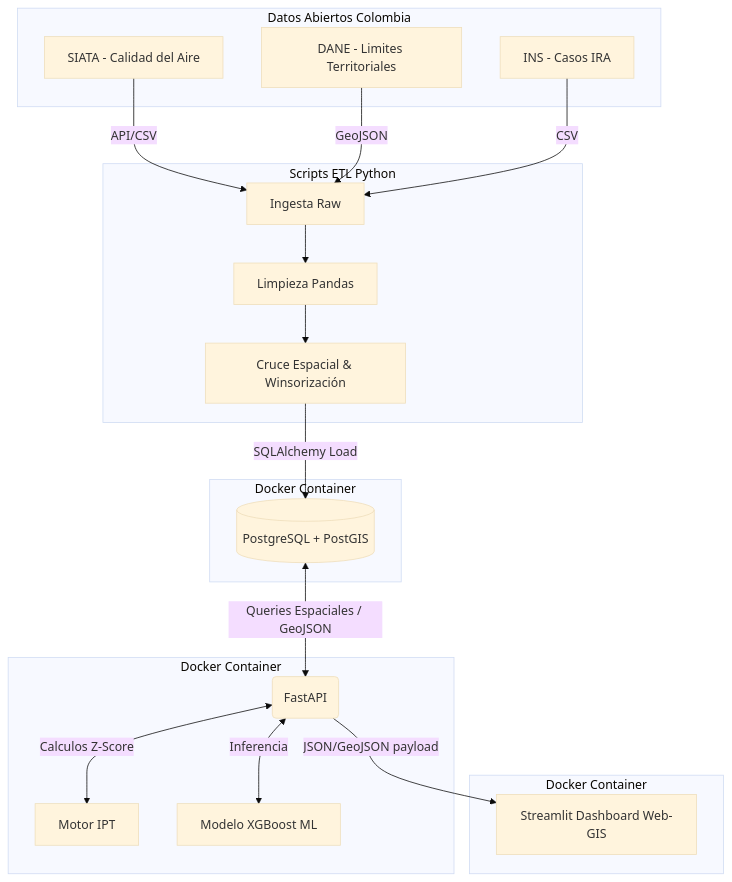
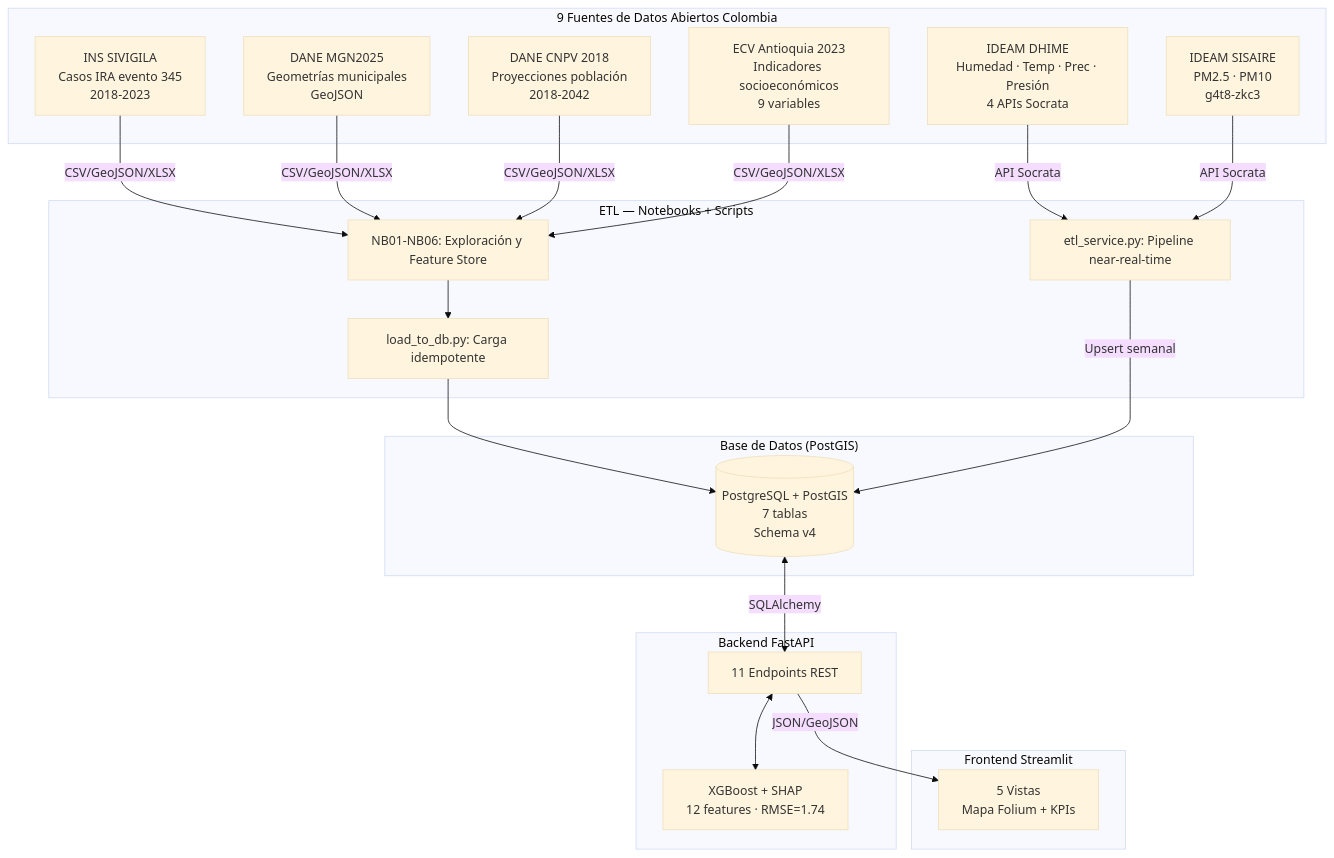
Before and after one commit to IsaksGir4/VitalRiskIA: the diagram in docs/arquitecture/ADR-001-Arquitectura-Base.md, drawn with Mermaid (base theme). The commit also changed other lines of this file and 20 other files, not shown here.

````diff
--- a/docs/arquitecture/ADR-001-Arquitectura-Base.md
+++ b/docs/arquitecture/ADR-001-Arquitectura-Base.md
@@ -24,47 +45,38 @@
 ```mermaid
 graph TD
-    %% Fuentes de Datos
-    subgraph Fuentes de Datos [Datos Abiertos Colombia]
-        A1[SIATA - Calidad del Aire]
-        A2[DANE - Limites Territoriales]
-        A3[INS - Casos IRA]
+    subgraph Fuentes ["9 Fuentes de Datos Abiertos Colombia"]
+        A1["IDEAM DHIME\nHumedad · Temp · Prec · Presión\n4 APIs Socrata"]
+        A2["IDEAM SISAIRE\nPM2.5 · PM10\ng4t8-zkc3"]
+        A3["INS SIVIGILA\nCasos IRA evento 345\n2018-2023"]
+        A4["DANE MGN2025\nGeometrías municipales\nGeoJSON"]
+        A5["DANE CNPV 2018\nProyecciones población\n2018-2042"]
+        A6["ECV Antioquia 2023\nIndicadores socioeconómicos\n9 variables"]
     end
 
-    %% Capa ETL
-    subgraph Ingeniería de Datos [Scripts ETL Python]
-        B1[Ingesta Raw]
-        B2[Limpieza Pandas]
-        B3[Cruce Espacial & Winsorización]
-        B1 --> B2 --> B3
+    subgraph ETL ["ETL — Notebooks + Scripts"]
+        B1["NB01-NB06: Exploración y Feature Store"]
+        B2["load_to_db.py: Carga idempotente"]
+        B3["etl_service.py: Pipeline near-real-time"]
     end
 
-    %% Persistencia
-    subgraph Base de Datos [Docker Container]
-        C1[(PostgreSQL + PostGIS)]
+    subgraph DB ["Base de Datos (PostGIS)"]
+        C1[("PostgreSQL + PostGIS\n7 tablas\nSchema v4")]
     end
 
-    %% Capa de Negocio
-    subgraph Backend [Docker Container]
-        D1(FastAPI)
-        D2[Motor IPT]
-        D3[Modelo XGBoost ML]
+    subgraph Backend ["Backend FastAPI"]
+        D1["11 Endpoints REST"]
+        D2["XGBoost + SHAP\n12 features · RMSE=1.74"]
+        D1 <--> D2
     end
 
-    %% Frontend
-    subgraph Presentación [Docker Container]
-        E1[Streamlit Dashboard Web-GIS]
+    subgraph Frontend ["Frontend Streamlit"]
+        E1["5 Vistas\nMapa Folium + KPIs"]
     end
 
-    %% Relaciones
-    A1 -->|API/CSV| B1
-    A2 -->|GeoJSON| B1
-    A3 -->|CSV| B1
-    
-    B3 -->|SQLAlchemy Load| C1
-    
-    C1 <-->|Queries Espaciales / GeoJSON| D1
-    D1 <-->|Calculos Z-Score| D2
-    D1 <-->|Inferencia| D3
-    
-    D1 -->|JSON/GeoJSON payload| E1
+    A1 & A2 -->|"API Socrata"| B3
+    A3 & A4 & A5 & A6 -->|"CSV/GeoJSON/XLSX"| B1
+    B1 --> B2 --> C1
+    B3 -->|"Upsert semanal"| C1
+    C1 <-->|"SQLAlchemy"| D1
+    D1 -->|"JSON/GeoJSON"| E1
 ```
````
